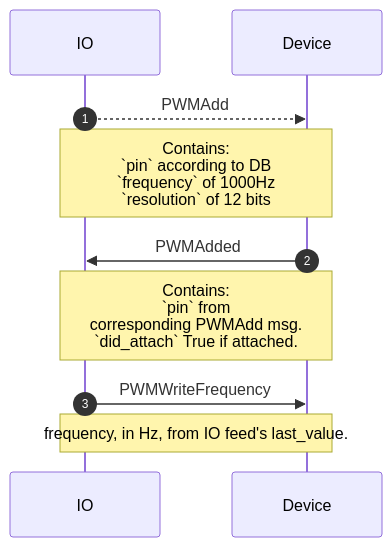
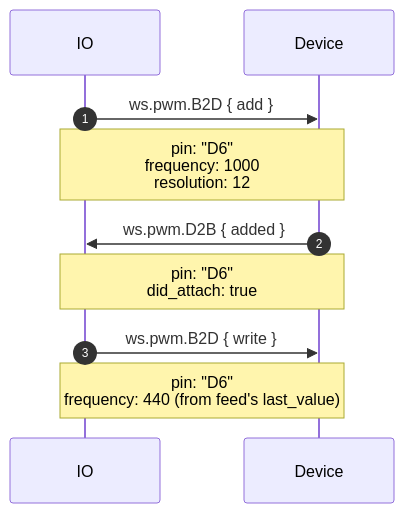
One commit to adafruit/Wippersnapper_Protobuf changed the tenth of 10 diagrams in proto/wippersnapper/docs/pwm.md. Above: the diagram before and after it, drawn with Mermaid. The commit also changed other lines of this file and 10 other files, not shown here.

````diff
--- a/proto/wippersnapper/docs/pwm.md
+++ b/proto/wippersnapper/docs/pwm.md
@@ -123,13 +157,13 @@
 ```mermaid
 sequenceDiagram
 autonumber
 
-IO-->>Device: PWMAdd
-Note over IO, Device: Contains:<br> `pin` according to DB<br>`frequency` of 1000Hz<br> `resolution` of 12 bits
+IO->>Device: ws.pwm.B2D { add }
+Note over IO, Device: pin: "D6"<br/>frequency: 1000<br/>resolution: 12
 
-Device->>IO: PWMAdded
-Note over IO, Device: Contains:<br> `pin` from <br>corresponding PWMAdd msg. <br>`did_attach` True if attached.
+Device->>IO: ws.pwm.D2B { added }
+Note over IO, Device: pin: "D6"<br/>did_attach: true
 
-IO->>Device: PWMWriteFrequency
-Note over IO, Device: frequency, in Hz, from IO feed's last_value.
+IO->>Device: ws.pwm.B2D { write }
+Note over IO, Device: pin: "D6"<br/>frequency: 440 (from feed's last_value)
 ```
````
